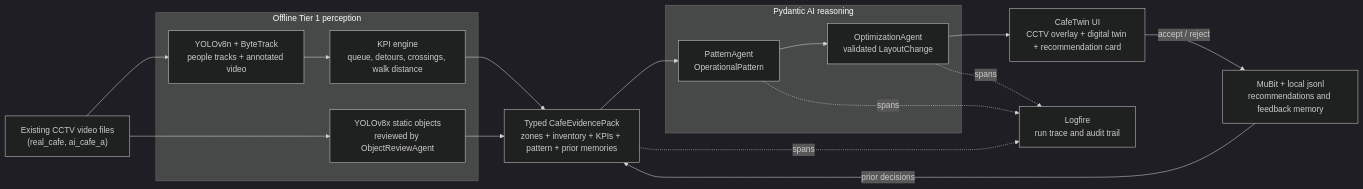
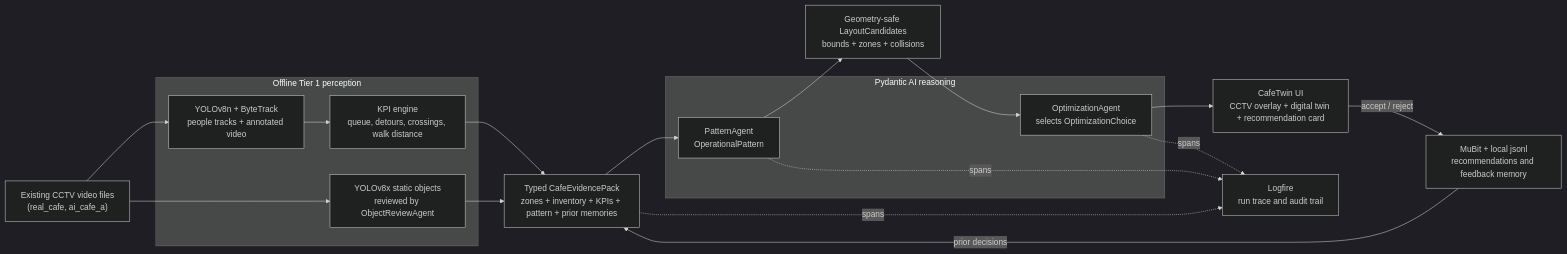
One commit to alexzh3/londonhack changed the diagram in README.md. Above: the diagram before and after it, drawn with Mermaid (dark theme). The commit also changed other lines of this file and 9 other files, not shown here.

````diff
--- a/README.md
+++ b/README.md
@@ -16,33 +17,34 @@
 ```mermaid
 flowchart LR
     video["Existing CCTV video files<br/>(real_cafe, ai_cafe_a)"]
 
     subgraph perception["Offline Tier 1 perception"]
         tracks["YOLOv8n + ByteTrack<br/>people tracks + annotated video"]
         objects["YOLOv8x static objects<br/>reviewed by ObjectReviewAgent"]
         kpi["KPI engine<br/>queue, detours, crossings, walk distance"]
     end
 
     evidence["Typed CafeEvidencePack<br/>zones + inventory + KPIs + pattern + prior memories"]
+    candidates["Geometry-safe LayoutCandidates<br/>bounds + zones + collisions"]
 
     subgraph agents["Pydantic AI reasoning"]
         pattern["PatternAgent<br/>OperationalPattern"]
-        optimize["OptimizationAgent<br/>validated LayoutChange"]
+        optimize["OptimizationAgent<br/>selects OptimizationChoice"]
     end
 
     ui["CafeTwin UI<br/>CCTV overlay + digital twin + recommendation card"]
     memory["MuBit + local jsonl<br/>recommendations and feedback memory"]
     trace["Logfire<br/>run trace and audit trail"]
 
     video --> tracks
     video --> objects
     tracks --> kpi
     objects --> evidence
     kpi --> evidence
-    evidence --> pattern --> optimize --> ui
+    evidence --> pattern --> candidates --> optimize --> ui
     ui -->|accept / reject| memory
     memory -->|prior decisions| evidence
     evidence -. spans .-> trace
     pattern -. spans .-> trace
     optimize -. spans .-> trace
 ```
````
